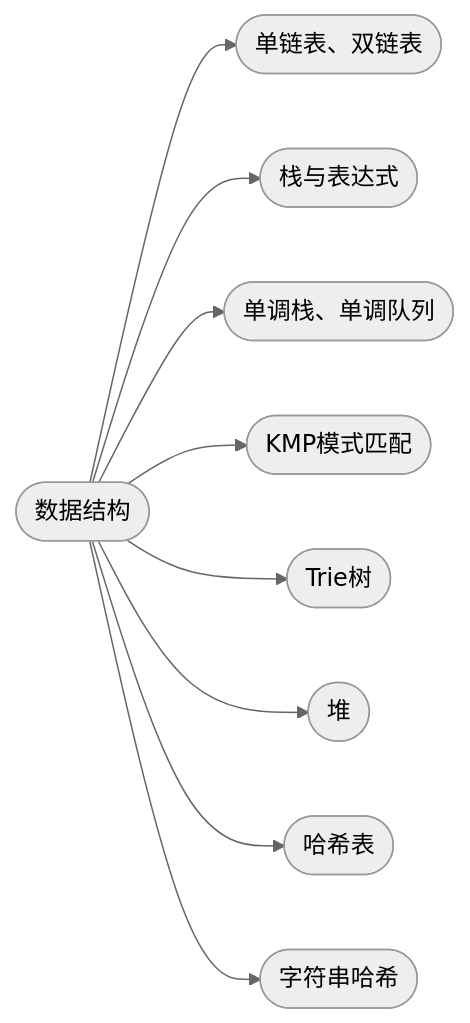
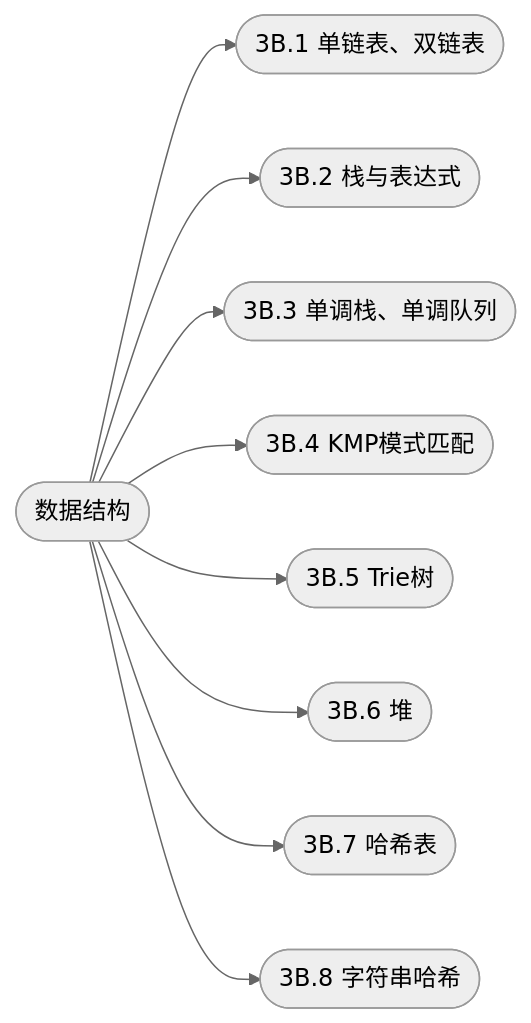
One commit to cuberxl/Coders-Note changed the diagram in 3B-数据结构/index.md. Above: the diagram before and after it, drawn with Mermaid (neutral theme). The commit also changed 47 other files, not shown here.

````diff
--- a/3B-数据结构/index.md
+++ b/3B-数据结构/index.md
@@ -28,12 +28,12 @@
 ```mermaid
 flowchart LR
     R(["数据结构"])
-    R --> N1(["单链表、双链表"])
-    R --> N2(["栈与表达式"])
-    R --> N3(["单调栈、单调队列"])
-    R --> N4(["KMP模式匹配"])
-    R --> N5(["Trie树"])
-    R --> N6(["堆"])
-    R --> N7(["哈希表"])
-    R --> N8(["字符串哈希"])
+    R --> N1(["3B.1 单链表、双链表"])
+    R --> N2(["3B.2 栈与表达式"])
+    R --> N3(["3B.3 单调栈、单调队列"])
+    R --> N4(["3B.4 KMP模式匹配"])
+    R --> N5(["3B.5 Trie树"])
+    R --> N6(["3B.6 堆"])
+    R --> N7(["3B.7 哈希表"])
+    R --> N8(["3B.8 字符串哈希"])
 ```
````
